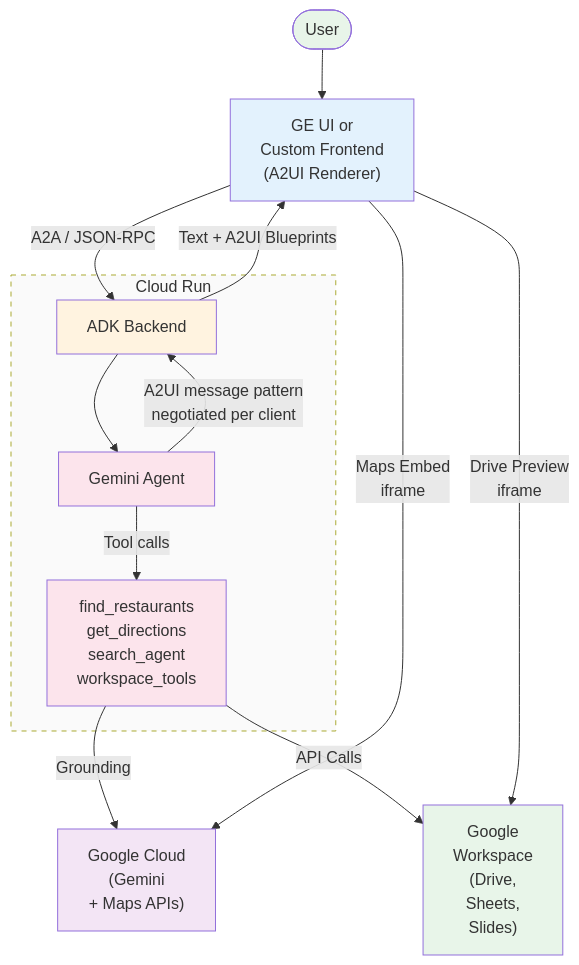
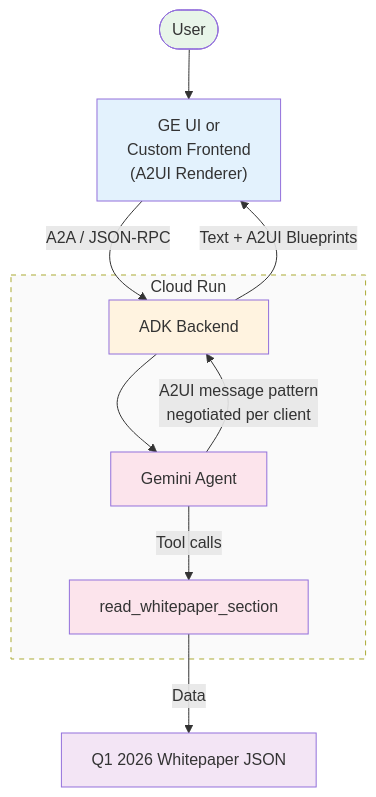
The first of 3 diagrams in docs/ge_a2ui_integration_guide.md (wadave/agent-a2ui-demo), drawn with Mermaid before and after one commit. The commit also changed other lines of this file and 38 other files, not shown here.

````diff
--- a/docs/ge_a2ui_integration_guide.md
+++ b/docs/ge_a2ui_integration_guide.md
@@ -96,31 +95,27 @@
 ```mermaid
 graph TB
     User([User]) --> FE["GE UI or <br/>Custom Frontend<br/>(A2UI Renderer)"]
 
     FE -->|"A2A / JSON-RPC"| BE
 
     subgraph CloudRun["Cloud Run"]
         BE["ADK Backend"]
         Agent["Gemini Agent"]
-        Tools["find_restaurants<br/>get_directions<br/>search_agent<br/>workspace_tools"]
+        Tools["read_whitepaper_section"]
 
         BE --> Agent
         Agent -->|"Tool calls"| Tools
         Agent -->|"A2UI message pattern<br/>negotiated per client"| BE
     end
 
     BE -->|"Text + A2UI Blueprints"| FE
-    Tools -->|"Grounding"| GCP["Google Cloud<br/>(Gemini<br/>+ Maps APIs)"]
-    Tools -->|"API Calls"| GWS["Google<br/>Workspace<br/>(Drive,<br/>Sheets,<br/>Slides)"]
-    FE -->|"Maps Embed<br/> iframe"| GCP
-    FE -->|"Drive Preview <br/>iframe"| GWS
+    Tools -->|"Data"| Data["Q1 2026 Whitepaper JSON"]
 
     style User fill:#e8f5e9
     style FE fill:#e3f2fd
     style BE fill:#fff3e0
     style Agent fill:#fce4ec
     style Tools fill:#fce4ec
-    style GCP fill:#f3e5f5
-    style GWS fill:#e8f5e9
+    style Data fill:#f3e5f5
     style CloudRun stroke-dasharray:5 5,fill:#fafafa
 ```
````
